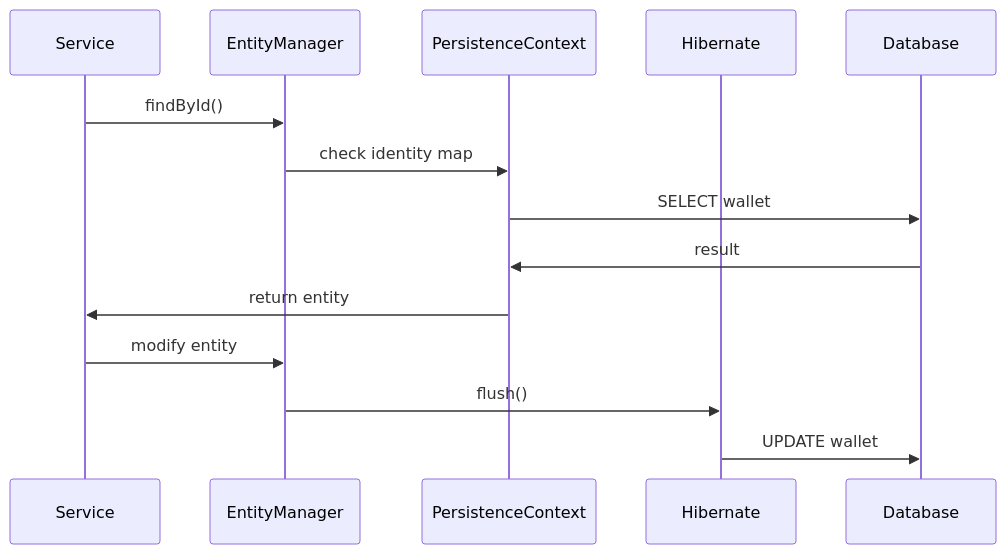
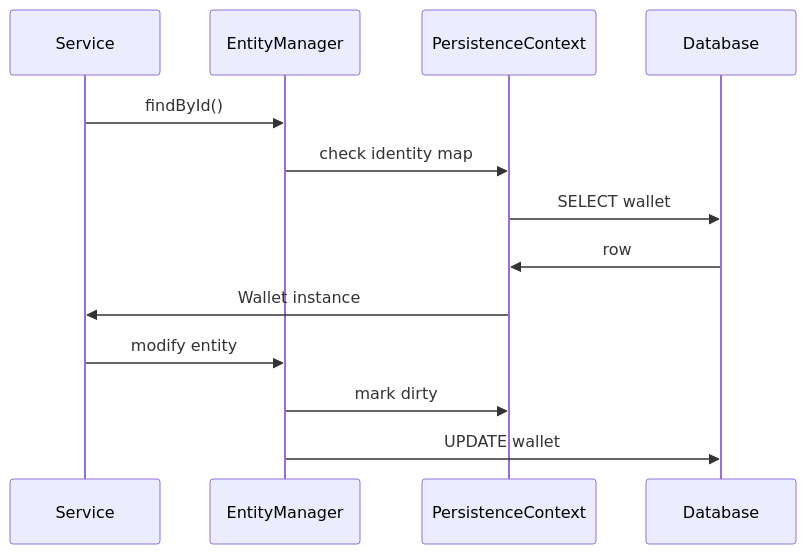
One commit to abhinandanchivate/LTIreq-Banking changed the ninth of 9 diagrams in data.md. Above: the diagram before and after it, drawn with Mermaid. The commit also changed other lines of this file, not shown here.

````diff
--- a/data.md
+++ b/data.md
@@ -873,25 +997,24 @@
 ```mermaid
 sequenceDiagram
 
 participant Service
 participant EntityManager
 participant PersistenceContext
-participant Hibernate
 participant Database
 
 Service->>EntityManager: findById()
 
 EntityManager->>PersistenceContext: check identity map
 
 PersistenceContext->>Database: SELECT wallet
 
-Database->>PersistenceContext: result
+Database->>PersistenceContext: row
 
-PersistenceContext->>Service: return entity
+PersistenceContext->>Service: Wallet instance
 
 Service->>EntityManager: modify entity
 
-EntityManager->>Hibernate: flush()
+EntityManager->>PersistenceContext: mark dirty
 
-Hibernate->>Database: UPDATE wallet
+EntityManager->>Database: UPDATE wallet
 ```
````
